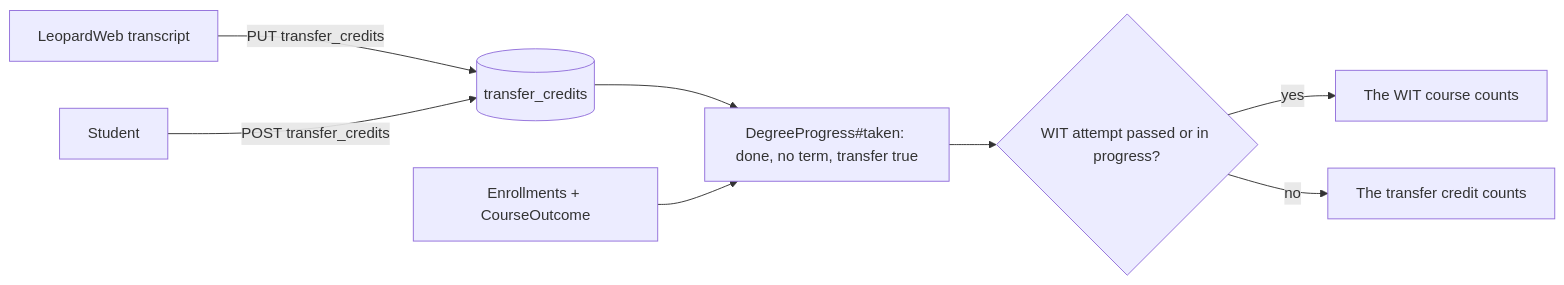
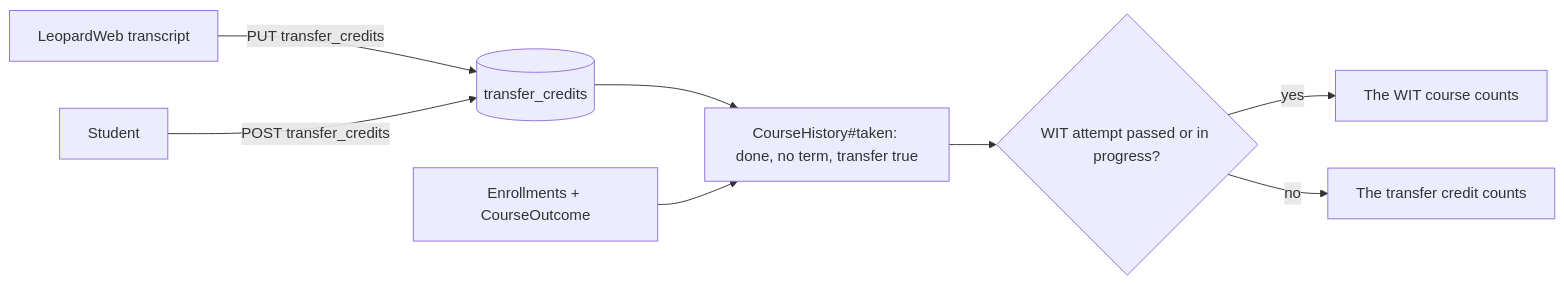
The sixth of 14 diagrams in docs/degree-requirements.md (WITCodingClub/calendar-backend), drawn with Mermaid before and after one commit. The commit also changed other lines of this file and 80 other files, not shown here.

````diff
--- a/docs/degree-requirements.md
+++ b/docs/degree-requirements.md
@@ -329,10 +329,10 @@
 ```mermaid
 flowchart LR
   LW[LeopardWeb transcript] -->|PUT transfer_credits| TC[(transfer_credits)]
   S[Student] -->|POST transfer_credits| TC
-  TC --> T[DegreeProgress#taken: done, no term, transfer true]
+  TC --> T[CourseHistory#taken: done, no term, transfer true]
   E[Enrollments + CourseOutcome] --> T
   T --> B{WIT attempt passed or in progress?}
   B -->|yes| W[The WIT course counts]
   B -->|no| X[The transfer credit counts]
 ```
````
